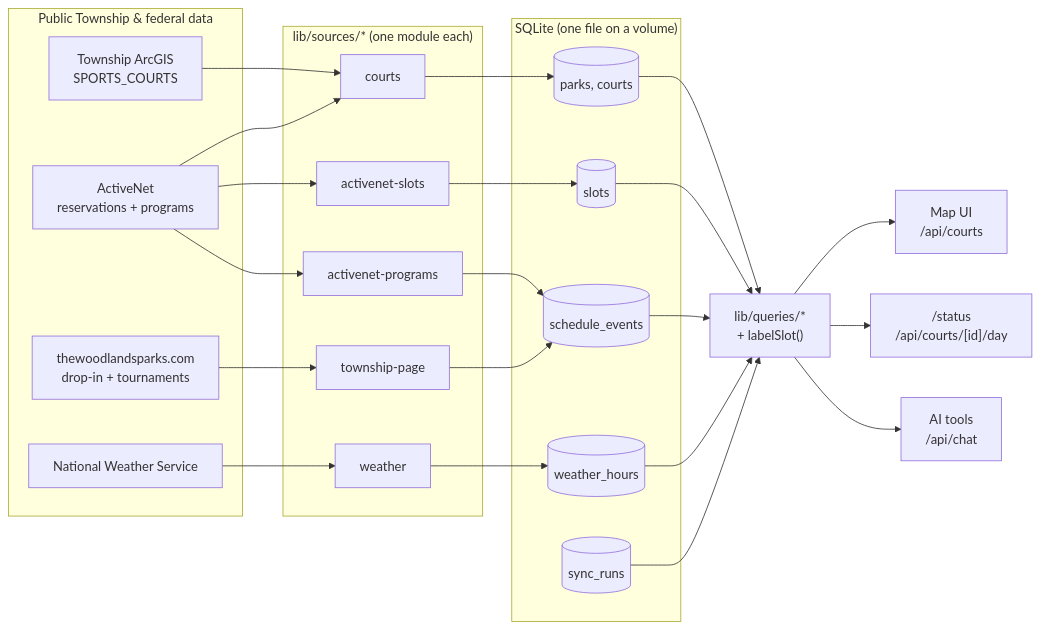
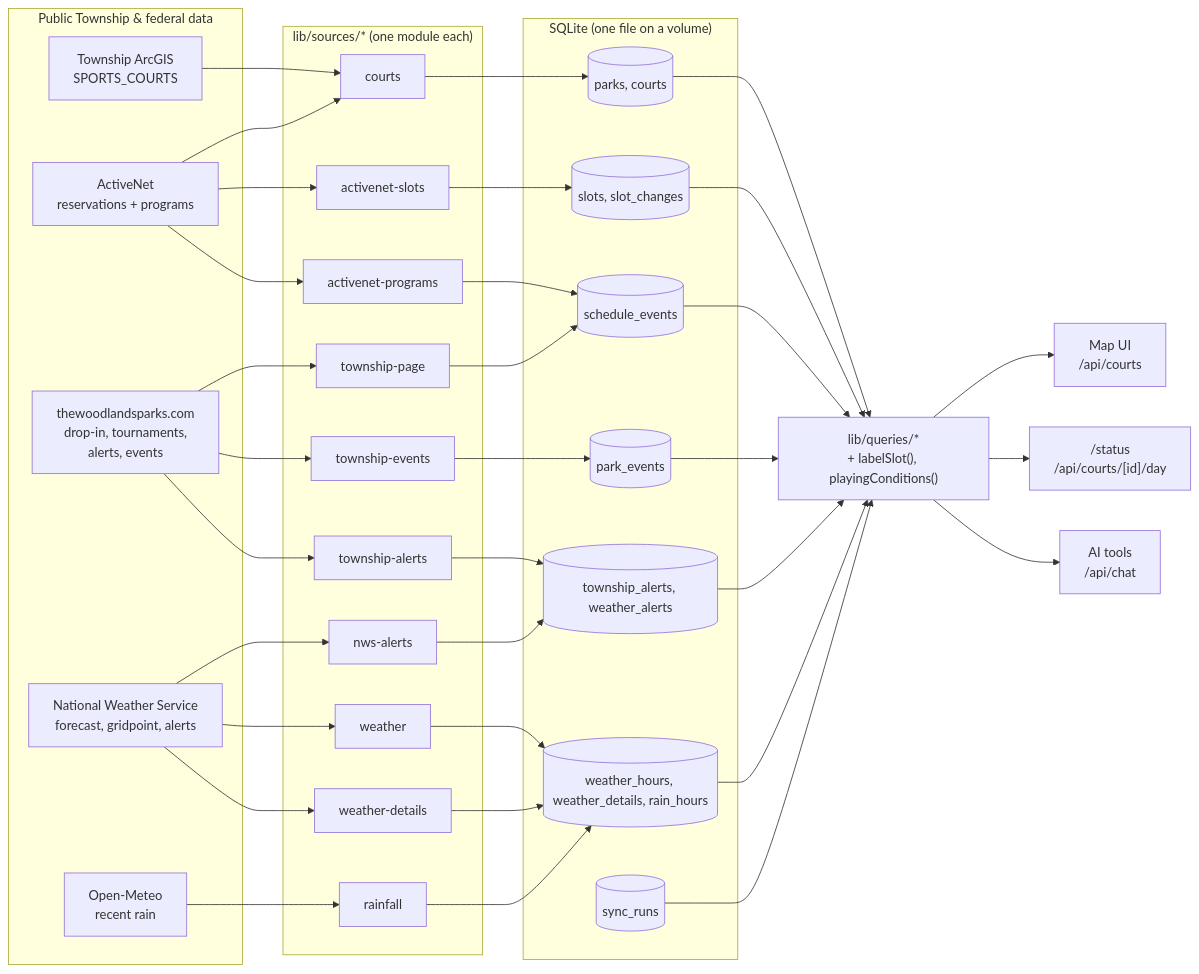
The diagram in README.md (JohnnyRacket/woodlands-court-finder), drawn with Mermaid before and after one commit. The commit also changed other lines of this file and 80 other files, not shown here.

````diff
--- a/README.md
+++ b/README.md
@@ -16,43 +17,54 @@
 ```mermaid
 flowchart LR
   subgraph Upstream["Public Township & federal data"]
     GIS["Township ArcGIS<br/>SPORTS_COURTS"]
     AN["ActiveNet<br/>reservations + programs"]
-    WEB["thewoodlandsparks.com<br/>drop-in + tournaments"]
-    NWS["National Weather Service"]
+    WEB["thewoodlandsparks.com<br/>drop-in, tournaments,<br/>alerts, events"]
+    NWS["National Weather Service<br/>forecast, gridpoint, alerts"]
+    OM["Open-Meteo<br/>recent rain"]
   end
 
   subgraph Sources["lib/sources/* (one module each)"]
     C["courts"]
     S["activenet-slots"]
     P["activenet-programs"]
     T["township-page"]
+    TA["township-alerts"]
+    TE["township-events"]
     W["weather"]
+    WD["weather-details"]
+    NA["nws-alerts"]
+    R["rainfall"]
   end
 
   subgraph DB["SQLite (one file on a volume)"]
     PC[("parks, courts")]
-    SL[("slots")]
+    SL[("slots, slot_changes")]
     EV[("schedule_events")]
-    WH[("weather_hours")]
+    PE[("park_events")]
+    AL[("township_alerts, weather_alerts")]
+    WH[("weather_hours, weather_details, rain_hours")]
     SR[("sync_runs")]
   end
 
   GIS --> C
   AN --> C
   AN --> S
   AN --> P
-  WEB --> T
-  NWS --> W
+  WEB --> T & TA & TE
+  NWS --> W & WD & NA
+  OM --> R
   C --> PC
   S --> SL
   P --> EV
   T --> EV
-  W --> WH
+  TE --> PE
+  TA & NA --> AL
+  W & WD & R --> WH
 
-  Q["lib/queries/*<br/>+ labelSlot()"]
-  PC & SL & EV & WH & SR --> Q
+  Q["lib/queries/*<br/>+ labelSlot(), playingConditions()"]
+  PC & SL & EV & PE & AL & WH & SR --> Q
   Q --> UI["Map UI<br/>/api/courts"]
   Q --> PAGES["/status<br/>/api/courts/[id]/day"]
   Q --> AI["AI tools<br/>/api/chat"]
 ```
````
